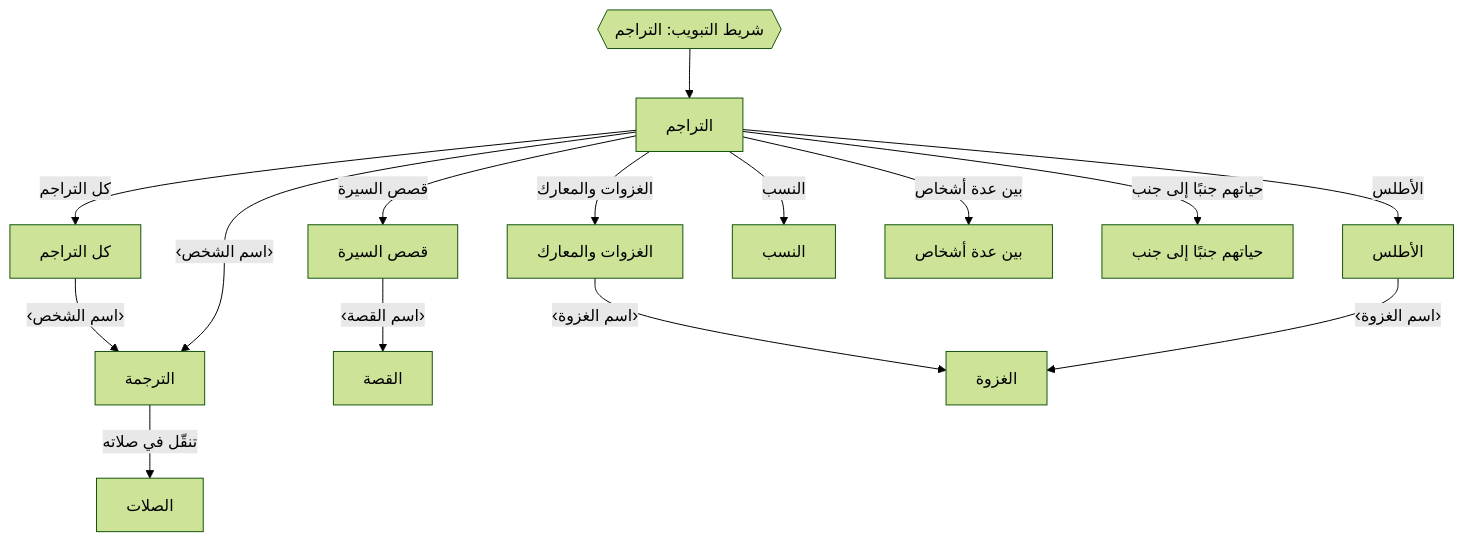
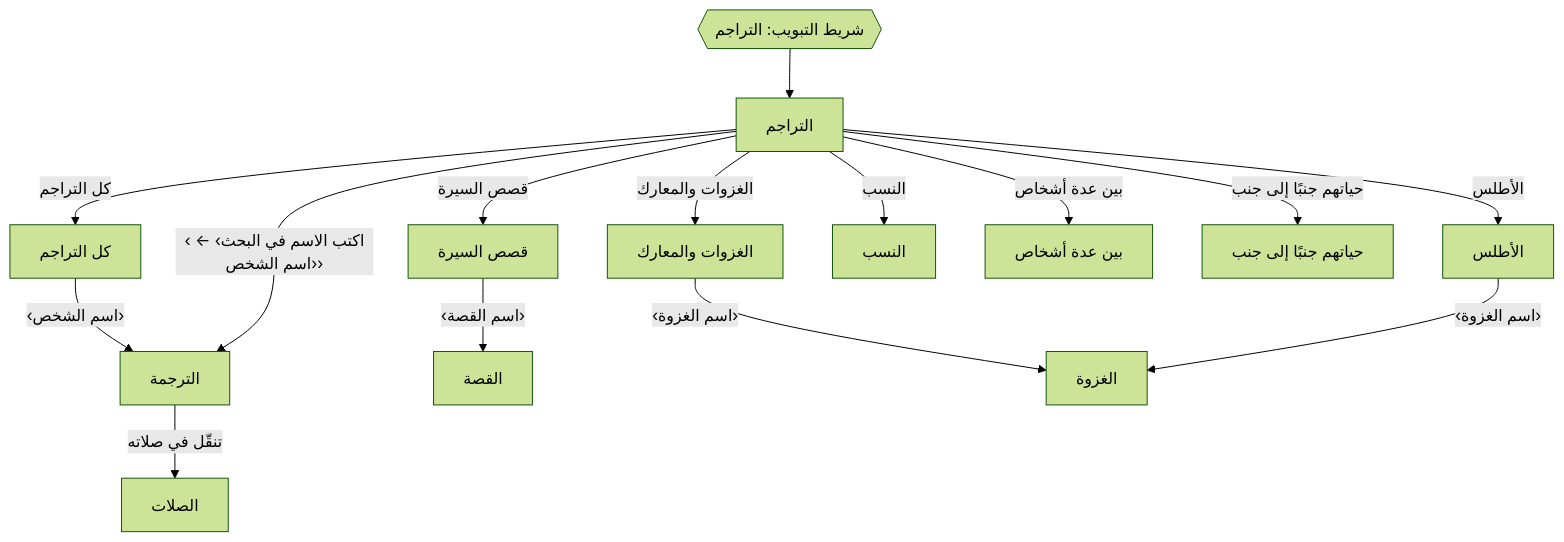
One commit to msskzx/namaq changed the fourth of 6 diagrams in docs/feature-map.md. Above: the diagram before and after it, drawn with Mermaid (forest theme). The commit also changed other lines of this file and 2 other files, not shown here.

````diff
--- a/docs/feature-map.md
+++ b/docs/feature-map.md
@@ -113,30 +117,30 @@
 ```mermaid
 flowchart TB
   s31["التراجم"]
   s32["كل التراجم"]
   s33["الترجمة"]
   s34["الصلات"]
   s35["قصص السيرة"]
   s36["القصة"]
   s37["الغزوات والمعارك"]
   s38["الغزوة"]
   s39["الأطلس"]
   s40["النسب"]
   s41["بين عدة أشخاص"]
   s42["حياتهم جنبًا إلى جنب"]
   bars31{{"شريط التبويب: التراجم"}} --> s31
   s31 -- "كل التراجم" --> s32
   s32 -- "‹اسم الشخص›" --> s33
-  s31 -- "‹اسم الشخص›" --> s33
+  s31 -- "‹اكتب الاسم في البحث› ← ‹اسم الشخص›" --> s33
   s33 -- "تنقّل في صلاته" --> s34
   s31 -- "قصص السيرة" --> s35
   s35 -- "‹اسم القصة›" --> s36
   s31 -- "الغزوات والمعارك" --> s37
   s37 -- "‹اسم الغزوة›" --> s38
   s39 -- "‹اسم الغزوة›" --> s38
   s31 -- "الأطلس" --> s39
   s31 -- "النسب" --> s40
   s31 -- "بين عدة أشخاص" --> s41
   s31 -- "حياتهم جنبًا إلى جنب" --> s42
   classDef elsewhere stroke-dasharray: 4 3
 ```
````
